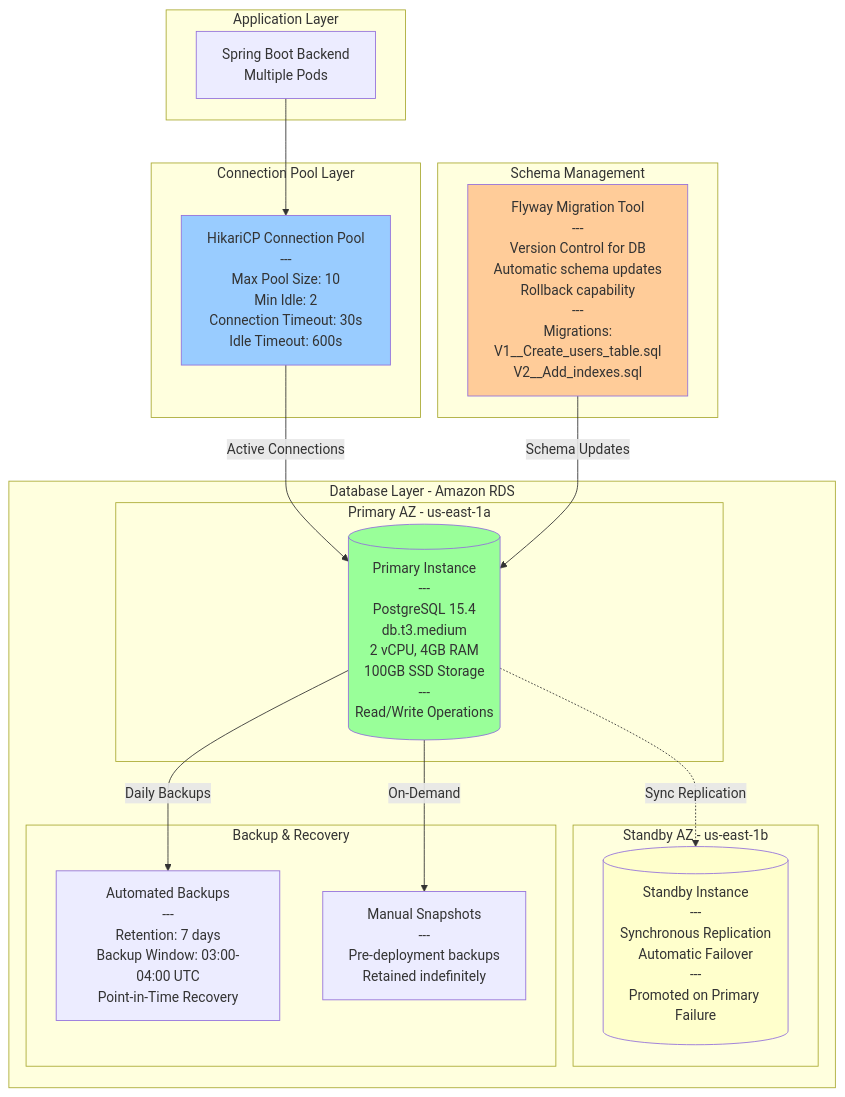
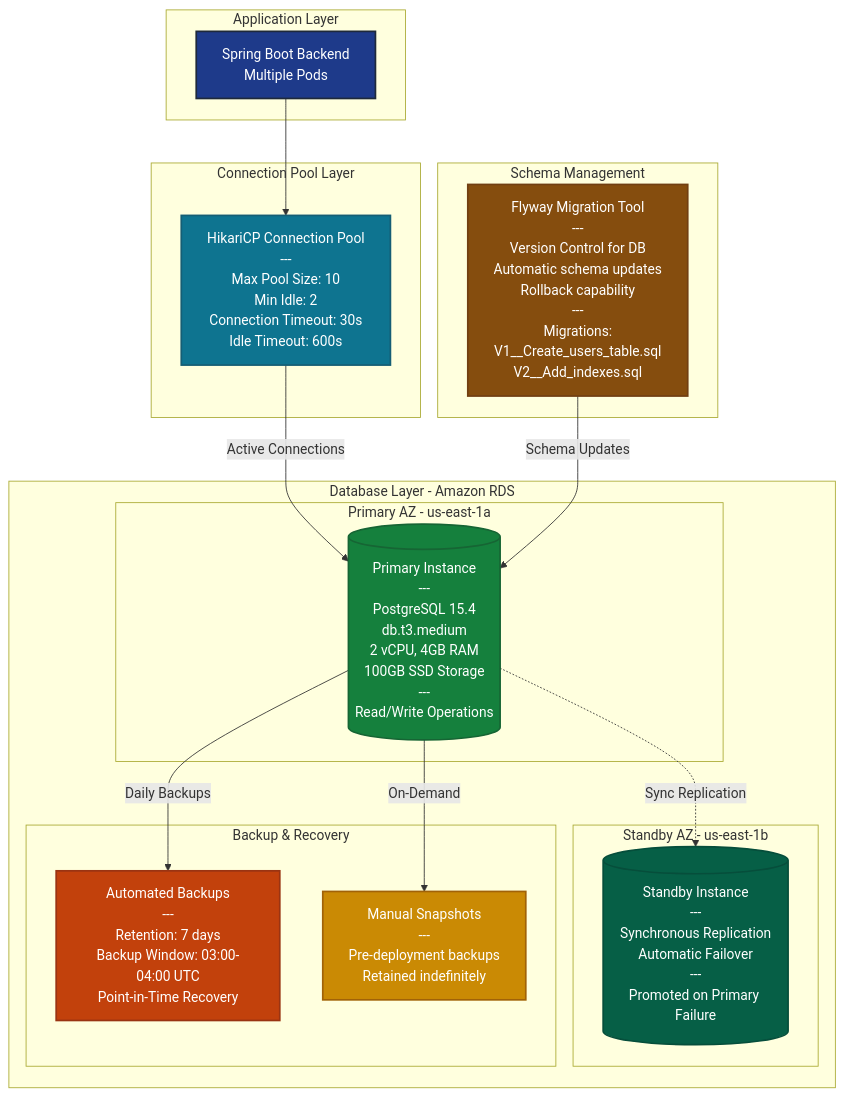
The sixth of 11 diagrams in ARCHITECTURE.md (gauravumrane29/my_Hands_On_Projects), drawn with Mermaid before and after one commit. The commit also changed other lines of this file and 1 other file, not shown here.

````diff
--- a/ARCHITECTURE.md
+++ b/ARCHITECTURE.md
@@ -320,41 +320,44 @@
 ```mermaid
 graph TB
     subgraph "Application Layer"
         Backend[Spring Boot Backend<br/>Multiple Pods]
     end
     
     subgraph "Connection Pool Layer"
         HikariCP[HikariCP Connection Pool<br/>---<br/>Max Pool Size: 10<br/>Min Idle: 2<br/>Connection Timeout: 30s<br/>Idle Timeout: 600s]
     end
     
     subgraph "Database Layer - Amazon RDS"
         subgraph "Primary AZ - us-east-1a"
             Primary[(Primary Instance<br/>---<br/>PostgreSQL 15.4<br/>db.t3.medium<br/>2 vCPU, 4GB RAM<br/>100GB SSD Storage<br/>---<br/>Read/Write Operations)]
         end
         
         subgraph "Standby AZ - us-east-1b"
             Standby[(Standby Instance<br/>---<br/>Synchronous Replication<br/>Automatic Failover<br/>---<br/>Promoted on Primary Failure)]
         end
         
         subgraph "Backup & Recovery"
             AutoBackup[Automated Backups<br/>---<br/>Retention: 7 days<br/>Backup Window: 03:00-04:00 UTC<br/>Point-in-Time Recovery]
             Snapshot[Manual Snapshots<br/>---<br/>Pre-deployment backups<br/>Retained indefinitely]
         end
     end
     
     subgraph "Schema Management"
         Flyway[Flyway Migration Tool<br/>---<br/>Version Control for DB<br/>Automatic schema updates<br/>Rollback capability<br/>---<br/>Migrations:<br/>V1__Create_users_table.sql<br/>V2__Add_indexes.sql]
     end
     
     Backend --> HikariCP
     HikariCP -->|Active Connections| Primary
     Primary -.->|Sync Replication| Standby
     Primary -->|Daily Backups| AutoBackup
     Primary -->|On-Demand| Snapshot
     Flyway -->|Schema Updates| Primary
     
-    style Primary fill:#99ff99
-    style Standby fill:#ffffcc
-    style HikariCP fill:#99ccff
-    style Flyway fill:#ffcc99
+    style Backend fill:#1e3a8a,stroke:#1e293b,stroke-width:2px,color:#fff
+    style HikariCP fill:#0e7490,stroke:#155e75,stroke-width:2px,color:#fff
+    style Primary fill:#15803d,stroke:#166534,stroke-width:2px,color:#fff
+    style Standby fill:#065f46,stroke:#064e3b,stroke-width:2px,color:#fff
+    style AutoBackup fill:#c2410c,stroke:#9a3412,stroke-width:2px,color:#fff
+    style Snapshot fill:#ca8a04,stroke:#a16207,stroke-width:2px,color:#fff
+    style Flyway fill:#854d0e,stroke:#713f12,stroke-width:2px,color:#fff
 ```
````
